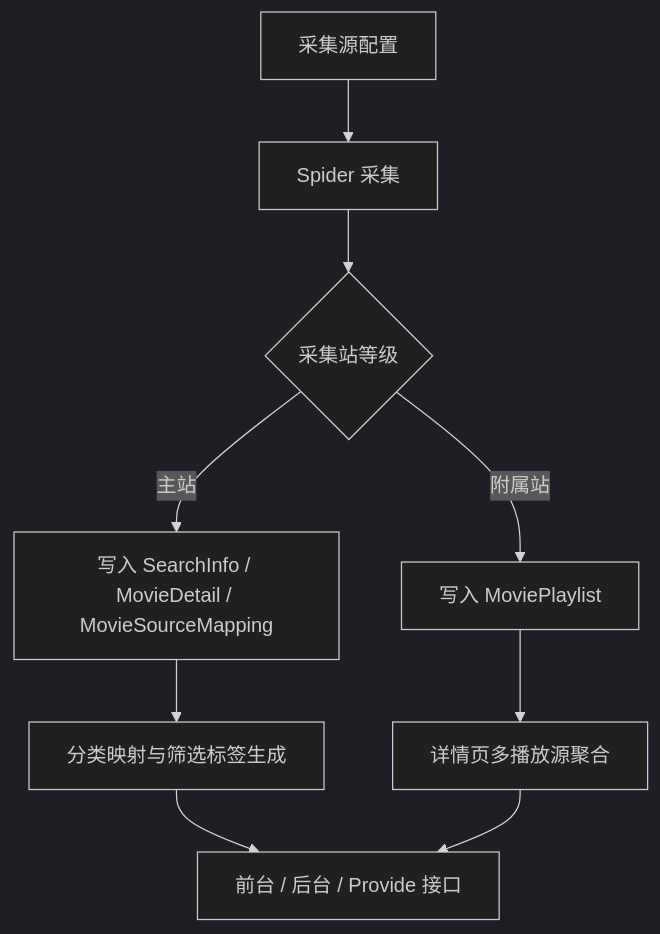
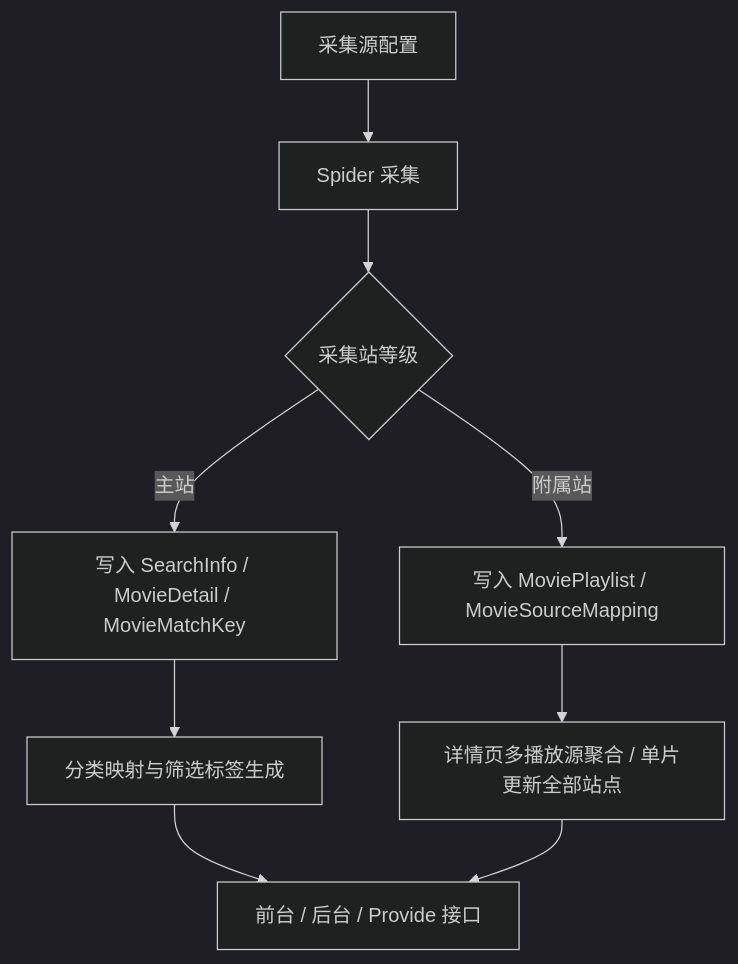
The second of 4 diagrams in README.md (fe-spark/EcoHub), drawn with Mermaid (dark theme) before and after one commit. The commit also changed other lines of this file and 4 other files, not shown here.

````diff
--- a/README.md
+++ b/README.md
@@ -40,11 +41,11 @@
 ```mermaid
 flowchart TD
     A["采集源配置"] --> B["Spider 采集"]
     B --> C{"采集站等级"}
-    C -->|主站| D["写入 SearchInfo / MovieDetail / MovieSourceMapping"]
-    C -->|附属站| E["写入 MoviePlaylist"]
+    C -->|主站| D["写入 SearchInfo / MovieDetail / MovieMatchKey"]
+    C -->|附属站| E["写入 MoviePlaylist / MovieSourceMapping"]
     D --> F["分类映射与筛选标签生成"]
-    E --> G["详情页多播放源聚合"]
+    E --> G["详情页多播放源聚合 / 单片更新全部站点"]
     F --> H["前台 / 后台 / Provide 接口"]
     G --> H
 ```
````
